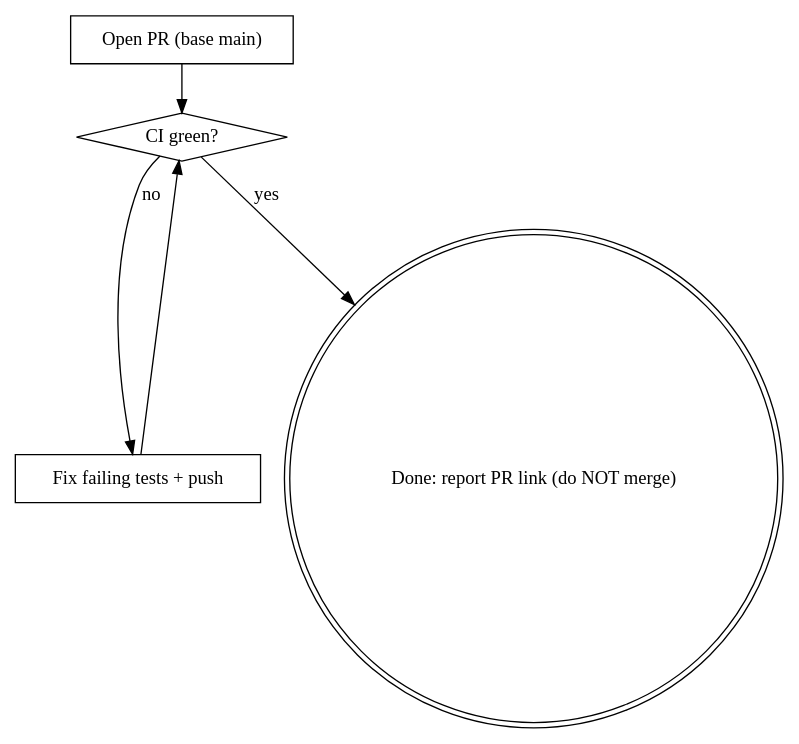
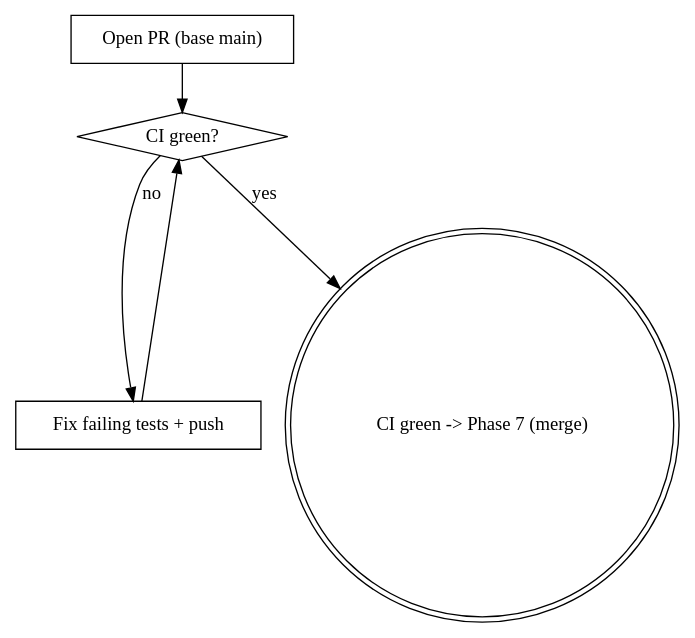
One commit to project-ax/ax-next changed the second of 2 diagrams in .claude/skills/yolo-ship/SKILL.md. Above: the diagram before and after it, drawn with Graphviz. The commit also changed other lines of this file, not shown here.

Commit message:
feat(yolo-ship): add Phase 7 auto-merge (standalone) / hand-off (orchestrated)

````diff
--- a/.claude/skills/yolo-ship/SKILL.md
+++ b/.claude/skills/yolo-ship/SKILL.md
@@ -97,13 +97,13 @@
 ```dot
 digraph ship {
     "Open PR (base main)" [shape=box];
     "CI green?" [shape=diamond];
     "Fix failing tests + push" [shape=box];
-    "Done: report PR link (do NOT merge)" [shape=doublecircle];
+    "CI green -> Phase 7 (merge)" [shape=doublecircle];
 
     "Open PR (base main)" -> "CI green?";
     "CI green?" -> "Fix failing tests + push" [label="no"];
     "Fix failing tests + push" -> "CI green?";
-    "CI green?" -> "Done: report PR link (do NOT merge)" [label="yes"];
+    "CI green?" -> "CI green -> Phase 7 (merge)" [label="yes"];
 }
 ```
````
